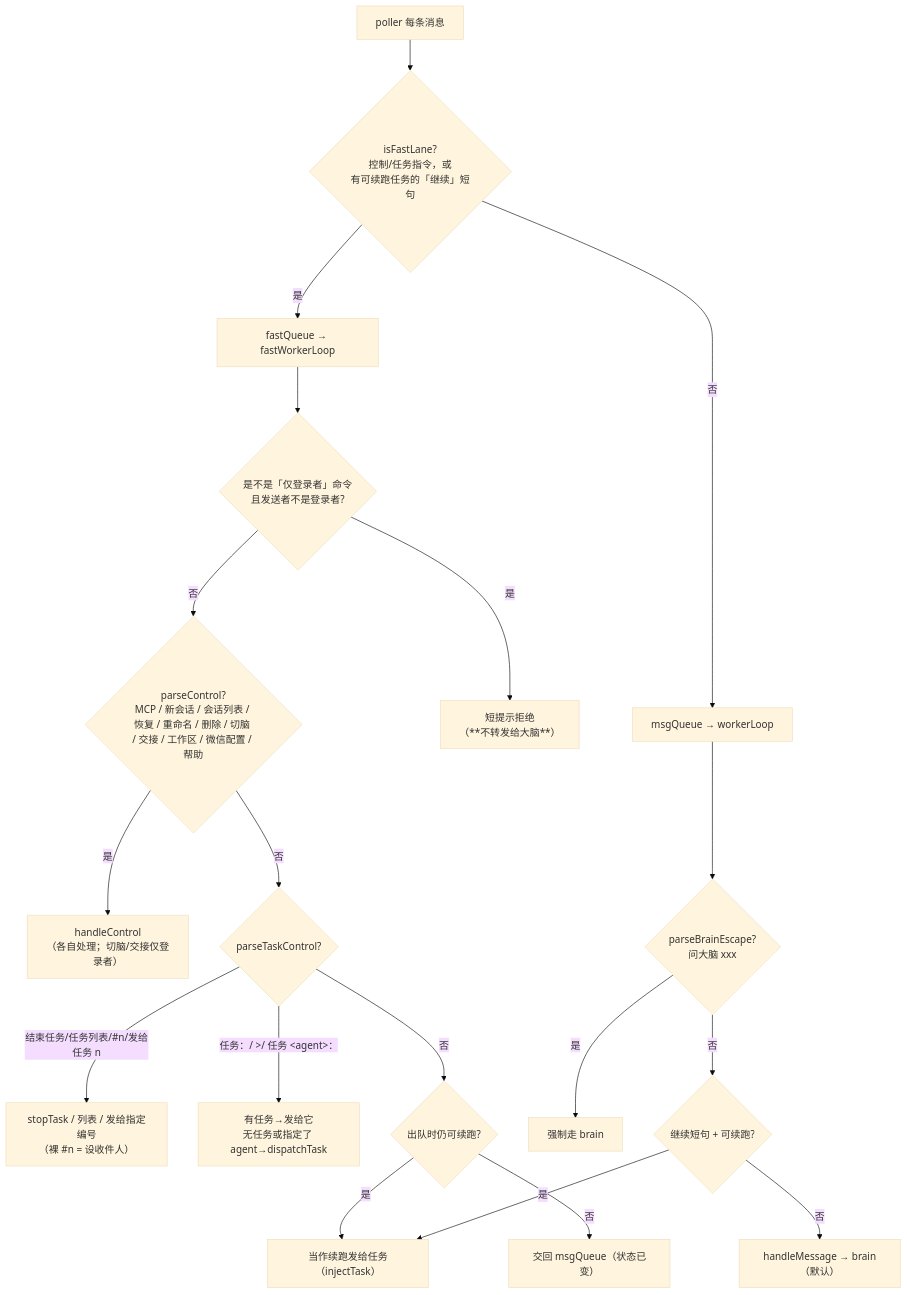
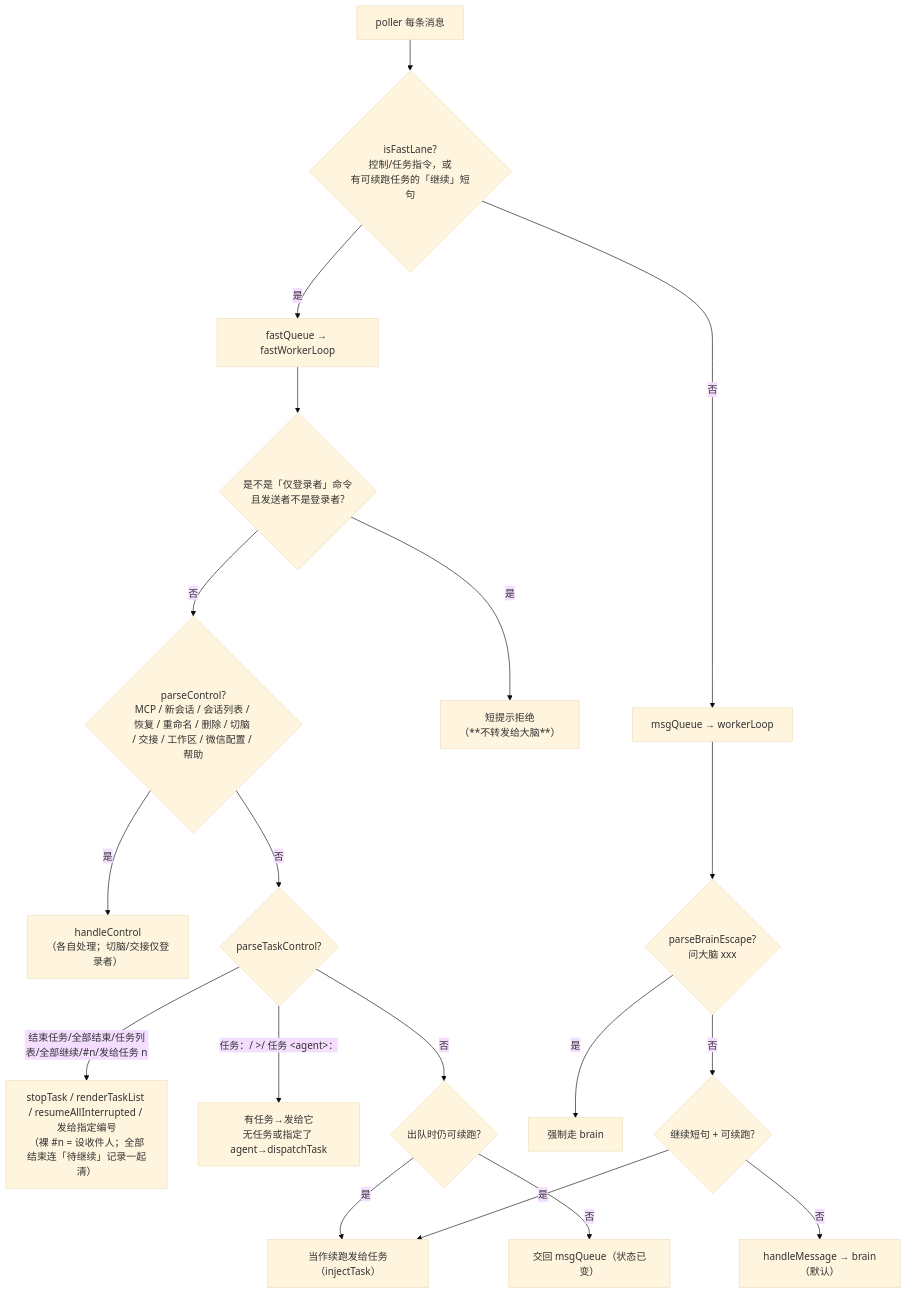
The second of 4 diagrams in docs/repowiki/05-daemon.md (imwangpan/WeMind), drawn with Mermaid (base theme) before and after one commit. The commit also changed 22 other files, not shown here.

````diff
--- a/docs/repowiki/05-daemon.md
+++ b/docs/repowiki/05-daemon.md
@@ -195,21 +195,21 @@
 ```mermaid
 graph TD
     M["poller 每条消息"] --> L{"isFastLane?<br/>控制/任务指令，或<br/>有可续跑任务的「继续」短句"}
     L -->|是| FQ["fastQueue → fastWorkerLoop"]
     L -->|否| BQ["msgQueue → workerLoop"]
     FQ --> C0{"是不是「仅登录者」命令<br/>且发送者不是登录者?"}
     C0 -->|是| H0["短提示拒绝<br/>（**不转发给大脑**）"]
     C0 -->|否| C1{"parseControl?<br/>MCP / 新会话 / 会话列表 / 恢复 / 重命名 / 删除 / 切脑 / 交接 / 工作区 / 微信配置 / 帮助"}
     C1 -->|是| H1["handleControl<br/>（各自处理；切脑/交接仅登录者）"]
     C1 -->|否| C2{"parseTaskControl?"}
-    C2 -->|结束任务/任务列表/#n/发给任务 n| H2["stopTask / 列表 / 发给指定编号<br/>（裸 #n = 设收件人）"]
+    C2 -->|结束任务/全部结束/任务列表/全部继续/#n/发给任务 n| H2["stopTask / renderTaskList / resumeAllInterrupted / 发给指定编号<br/>（裸 #n = 设收件人；全部结束连「待继续」记录一起清）"]
     C2 -->|任务：/ &gt;/ 任务 &lt;agent&gt;：| H3["有任务→发给它<br/>无任务或指定了 agent→dispatchTask"]
     C2 -->|否| C4{"出队时仍可续跑?"}
     C4 -->|是| H5["当作续跑发给任务（injectTask）"]
     C4 -->|否| BQ2["交回 msgQueue（状态已变）"]
     BQ --> C3{"parseBrainEscape?<br/>问大脑 xxx"}
     C3 -->|是| H4["强制走 brain"]
     C3 -->|否| C4B{"继续短句 + 可续跑?"}
     C4B -->|是| H5
     C4B -->|否| H6["handleMessage → brain（默认）"]
 ```
````
